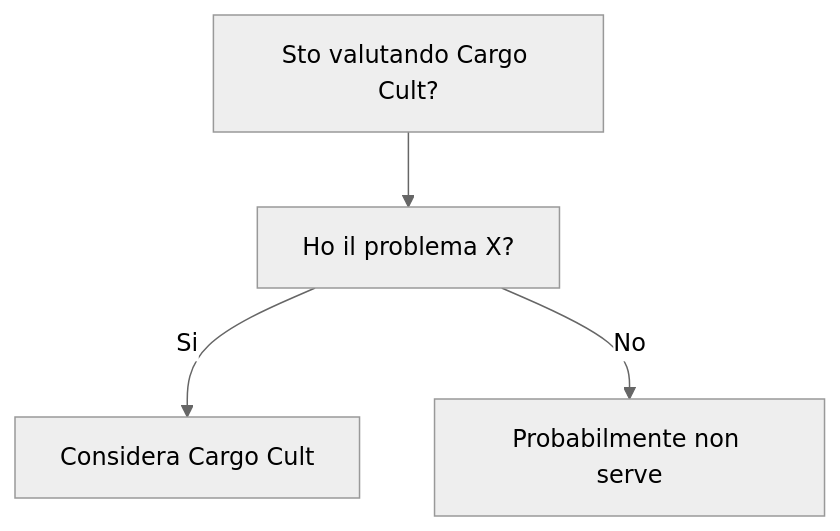
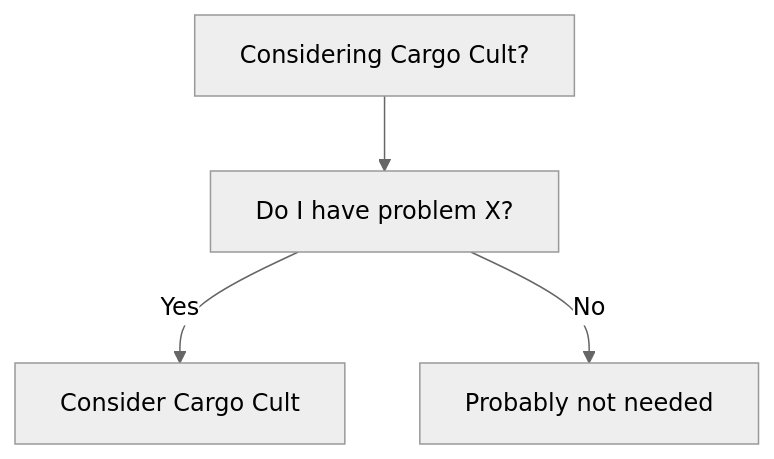
Before and after one commit to HxT9/Software-Dev-Wiki: the diagram in dev-wiki/16_AntiPatterns/Cargo_Cult/When_To_Use.md, drawn with Mermaid (neutral theme). The commit also changed other lines of this file and 3444 other files, not shown here.

````diff
--- a/dev-wiki/16_AntiPatterns/Cargo_Cult/When_To_Use.md
+++ b/dev-wiki/16_AntiPatterns/Cargo_Cult/When_To_Use.md
@@ -19,6 +19,6 @@
 ```mermaid
 flowchart TD
-  Q[Sto valutando Cargo Cult?] --> Q1[Ho il problema X?]
-  Q1 -->|Si| OK[Considera Cargo Cult]
-  Q1 -->|No| NO[Probabilmente non serve]
+  Q[Considering Cargo Cult?] --> Q1[Do I have problem X?]
+  Q1 -->|Yes| OK[Consider Cargo Cult]
+  Q1 -->|No| NO[Probably not needed]
 ```
````
